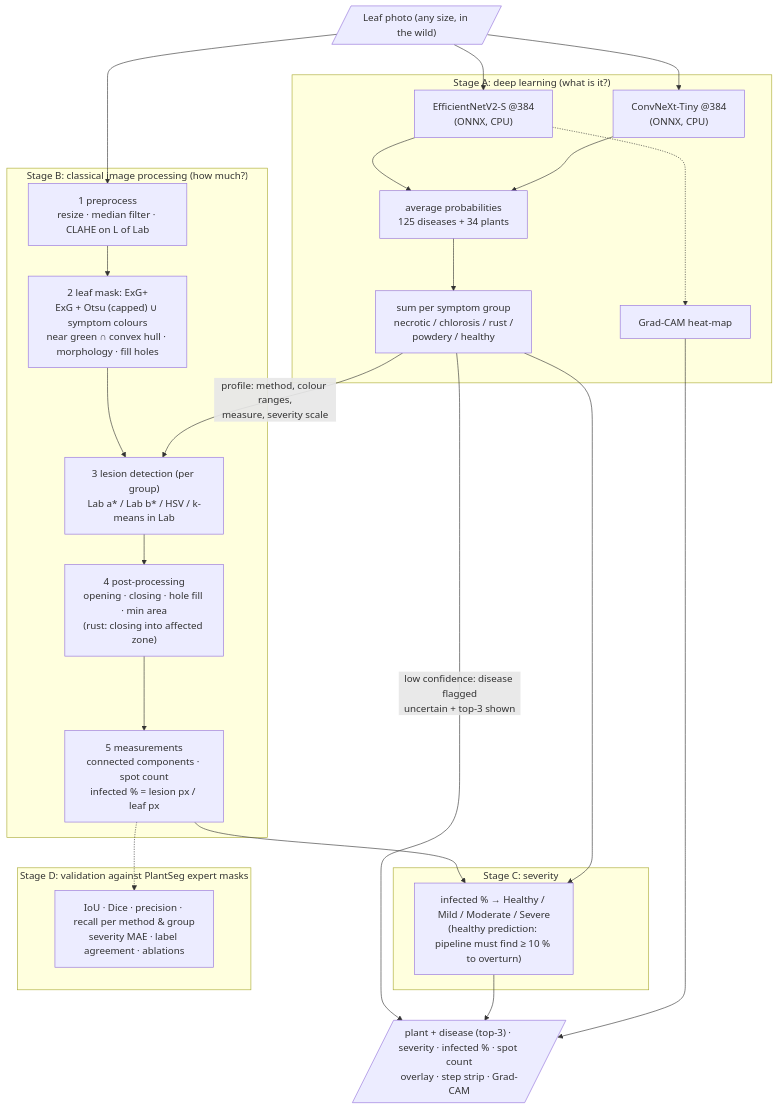
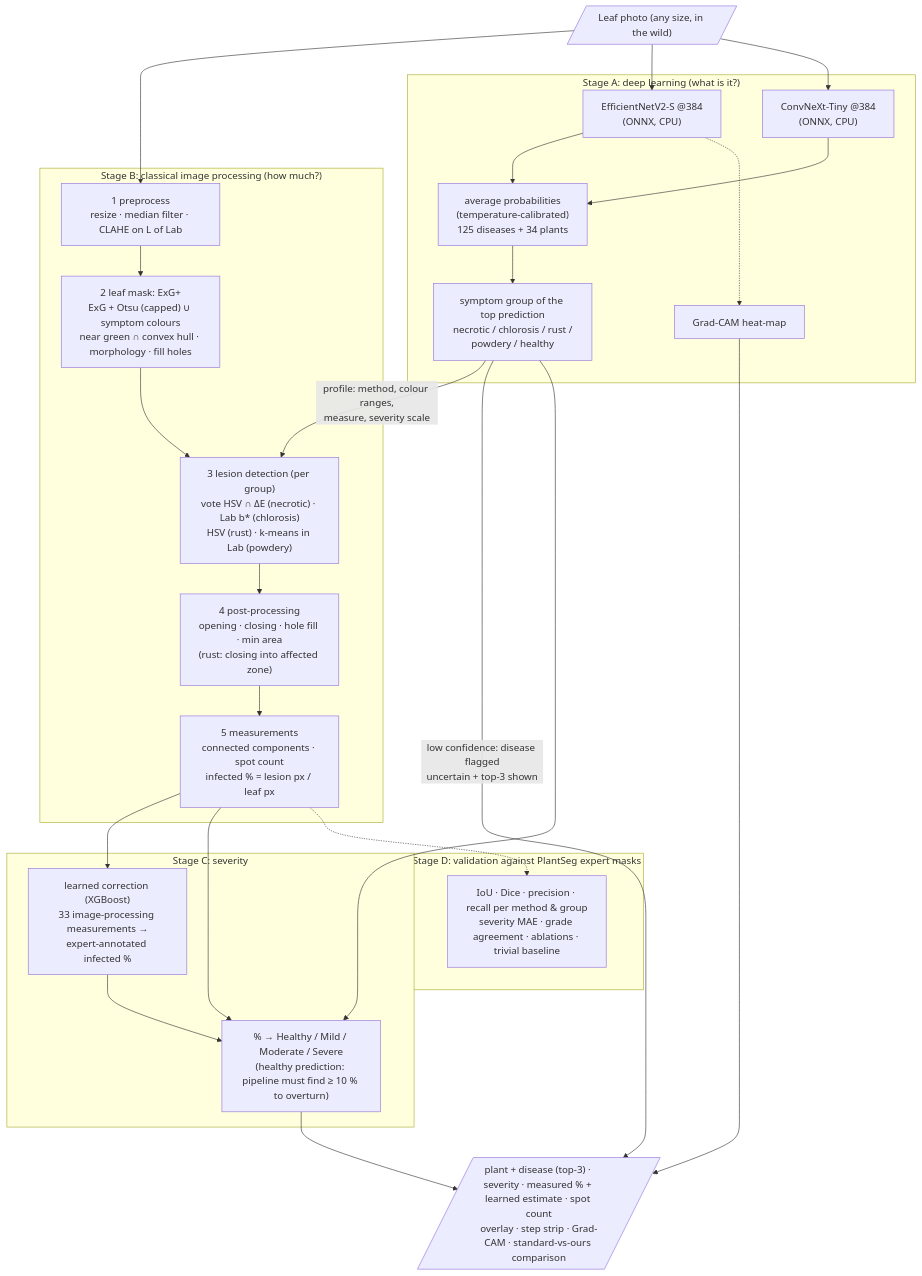
One commit to sidharthaxy/Leaf-disease-spot-detection changed the diagram in README.md. Above: the diagram before and after it, drawn with Mermaid. The commit also changed other lines of this file and 22 other files, not shown here.

````diff
--- a/README.md
+++ b/README.md
@@ -138,44 +144,46 @@
 ```mermaid
 flowchart TD
     IMG[/"Leaf photo (any size, in the wild)"/] --> PRE
 
     subgraph A["Stage A: deep learning (what is it?)"]
         CNN1["EfficientNetV2-S @384<br/>(ONNX, CPU)"]
         CNN2["ConvNeXt-Tiny @384<br/>(ONNX, CPU)"]
-        ENS["average probabilities<br/>125 diseases + 34 plants"]
-        GRP["sum per symptom group<br/>necrotic / chlorosis / rust /<br/>powdery / healthy"]
+        ENS["average probabilities<br/>(temperature-calibrated)<br/>125 diseases + 34 plants"]
+        GRP["symptom group of the top prediction<br/>necrotic / chlorosis / rust /<br/>powdery / healthy"]
         CAM["Grad-CAM heat-map"]
         CNN1 --> ENS
         CNN2 --> ENS
         ENS --> GRP
         CNN1 -.-> CAM
     end
 
     subgraph B["Stage B: classical image processing (how much?)"]
         PRE["1 preprocess<br/>resize · median filter · CLAHE on L of Lab"]
         LEAF["2 leaf mask: ExG+<br/>ExG + Otsu (capped) ∪ symptom colours<br/>near green ∩ convex hull · morphology · fill holes"]
-        LES["3 lesion detection (per group)<br/>Lab a* / Lab b* / HSV / k-means in Lab"]
+        LES["3 lesion detection (per group)<br/>vote HSV ∩ ΔE (necrotic) · Lab b* (chlorosis)<br/>HSV (rust) · k-means in Lab (powdery)"]
         POST["4 post-processing<br/>opening · closing · hole fill · min area<br/>(rust: closing into affected zone)"]
         MEAS["5 measurements<br/>connected components · spot count<br/>infected % = lesion px / leaf px"]
         PRE --> LEAF --> LES --> POST --> MEAS
     end
 
     IMG --> CNN1
     IMG --> CNN2
     GRP -- "profile: method, colour ranges,<br/>measure, severity scale" --> LES
     GRP -- "low confidence: disease flagged<br/>uncertain + top-3 shown" --> OUT
 
     subgraph C["Stage C: severity"]
-        SEV["infected % → Healthy / Mild / Moderate / Severe<br/>(healthy prediction: pipeline must find ≥ 10 % to overturn)"]
+        LC["learned correction (XGBoost)<br/>33 image-processing measurements →<br/>expert-annotated infected %"]
+        SEV["% → Healthy / Mild / Moderate / Severe<br/>(healthy prediction: pipeline must find ≥ 10 % to overturn)"]
     end
+    MEAS --> LC --> SEV
     MEAS --> SEV
     GRP --> SEV
 
-    SEV --> OUT[/"plant + disease (top-3) · severity · infected % · spot count<br/>overlay · step strip · Grad-CAM"/]
+    SEV --> OUT[/"plant + disease (top-3) · severity · measured % + learned estimate · spot count<br/>overlay · step strip · Grad-CAM · standard-vs-ours comparison"/]
     CAM --> OUT
 
     subgraph D["Stage D: validation against PlantSeg expert masks"]
-        EV["IoU · Dice · precision · recall per method & group<br/>severity MAE · label agreement · ablations"]
+        EV["IoU · Dice · precision · recall per method & group<br/>severity MAE · grade agreement · ablations · trivial baseline"]
     end
     MEAS -.-> EV
 ```
````
